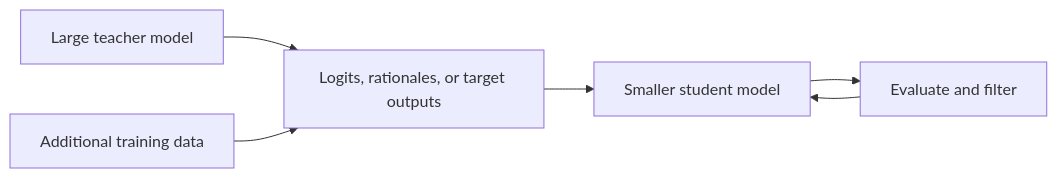
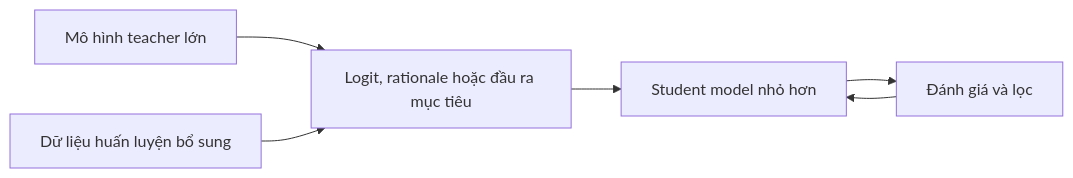
Before and after one commit to cycler04/VinRobotics-VLA: the ninth of 28 diagrams in docs/research_finding/01-gwen/broad_overview/LLM_VLM/recent_llm_overview.md, drawn with Mermaid. The commit also changed other lines of this file and 79 other files, not shown here.

````diff
--- a/docs/research_finding/01-gwen/broad_overview/LLM_VLM/recent_llm_overview.md
+++ b/docs/research_finding/01-gwen/broad_overview/LLM_VLM/recent_llm_overview.md
@@ -804,8 +804,8 @@
 ```mermaid
 flowchart LR
-    T[Large teacher model] --> L[Logits, rationales, or target outputs]
-    D[Additional training data] --> L
-    L --> S[Smaller student model]
-    S --> E[Evaluate and filter]
+    T[Mô hình teacher lớn] --> L[Logit, rationale hoặc đầu ra mục tiêu]
+    D[Dữ liệu huấn luyện bổ sung] --> L
+    L --> S[Student model nhỏ hơn]
+    S --> E[Đánh giá và lọc]
     E --> S
 ```
````
